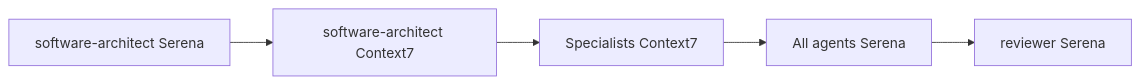
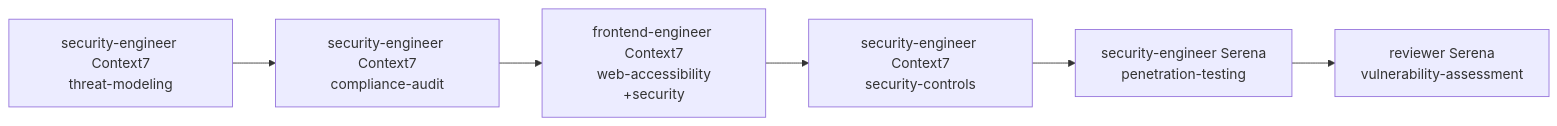
One commit to bartoszwarzocha/my_name_is_claude changed the third of 3 diagrams in .claude/docs/ai-tools-usage-guide.md. Above: the diagram before and after it, drawn with Mermaid. The commit also changed other lines of this file and 26 other files, not shown here.

````diff
--- a/.claude/docs/ai-tools-usage-guide.md
+++ b/.claude/docs/ai-tools-usage-guide.md
@@ -142,7 +185,8 @@
 ```mermaid
 graph LR
-    A[software-architect Serena] --> B[software-architect Context7]
-    B --> C[Specialists Context7]
-    C --> D[All agents Serena]
-    D --> E[reviewer Serena]
+    A[security-engineer Context7<br/>threat-modeling] --> B[security-engineer Context7<br/>compliance-audit]
+    B --> C[frontend-engineer Context7<br/>web-accessibility<br/>+security]
+    C --> D[security-engineer Context7<br/>security-controls]
+    D --> E[security-engineer Serena<br/>penetration-testing]
+    E --> F[reviewer Serena<br/>vulnerability-assessment]
 ```
````
